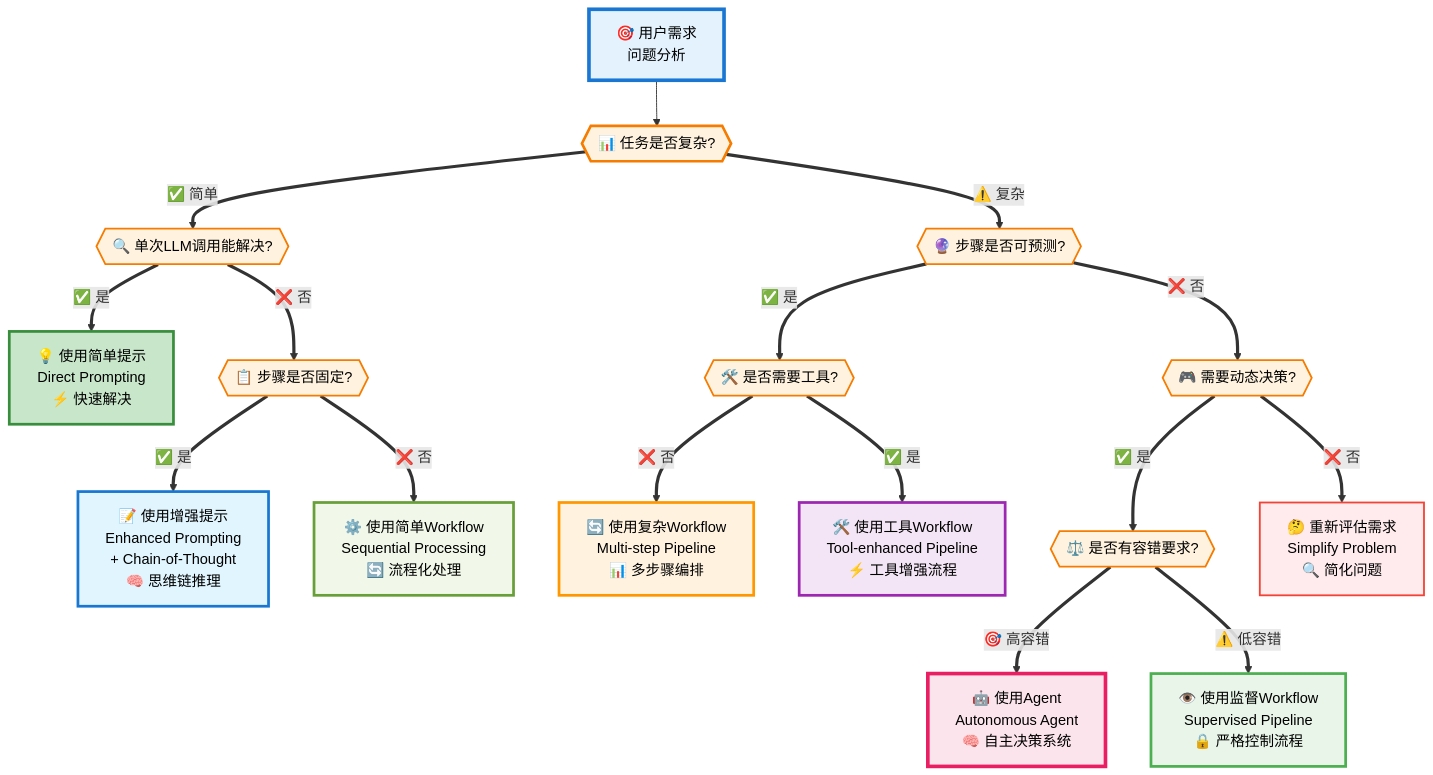
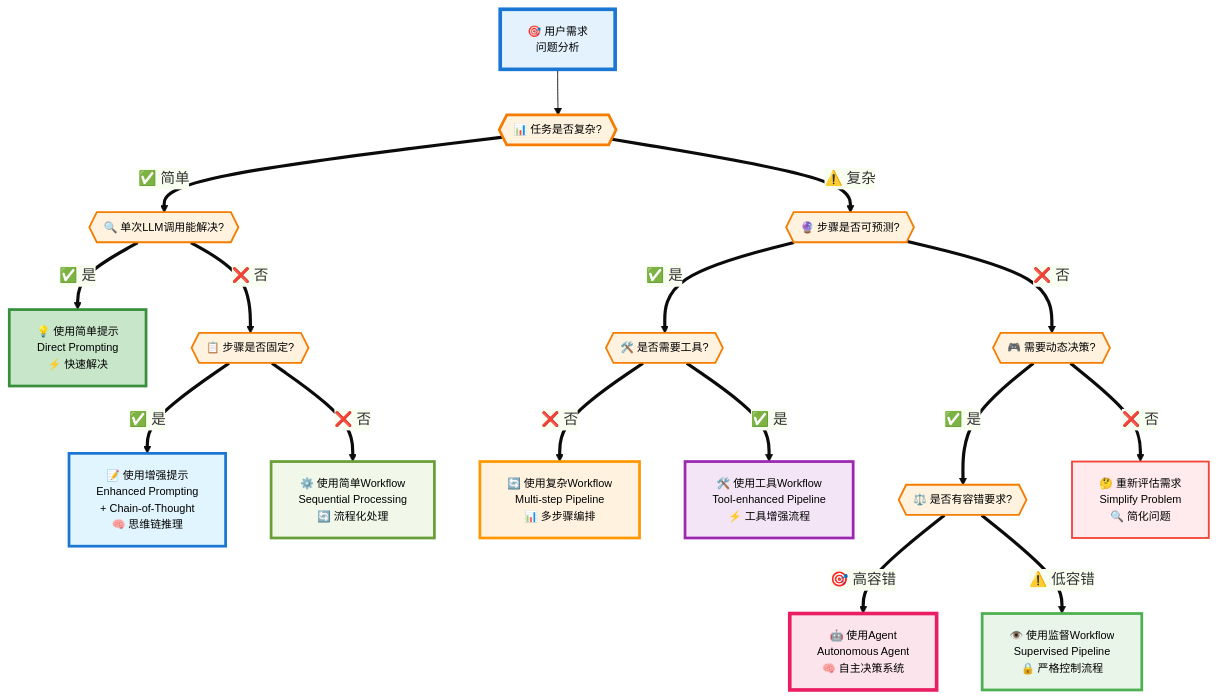
One commit to yxzf/claude-code-guide changed the eighth of 8 diagrams in agent/AI_Agent_完整入门指南.md. Above: the diagram before and after it, drawn with Mermaid. The commit also changed other lines of this file, not shown here.

First line of the commit message:
统一优化单个图表尺寸

````diff
--- a/agent/AI_Agent_完整入门指南.md
+++ b/agent/AI_Agent_完整入门指南.md
@@ -425,44 +443,47 @@
 ```mermaid
+%%{init: {'theme':'base', 'themeVariables': {'primaryColor':'#f0f9ff'}}}%%
 flowchart TD
     A[🎯 用户需求<br/>问题分析] --> B{{📊 任务是否复杂?}}
     
     B ==>|✅ 简单| C{{🔍 单次LLM调用能解决?}}
     C ==>|✅ 是| D[💡 使用简单提示<br/>Direct Prompting<br/>⚡ 快速解决]
     C ==>|❌ 否| E{{📋 步骤是否固定?}}
     
     E ==>|✅ 是| F[📝 使用增强提示<br/>Enhanced Prompting<br/>+ Chain-of-Thought<br/>🧠 思维链推理]
     E ==>|❌ 否| G[⚙️ 使用简单Workflow<br/>Sequential Processing<br/>🔄 流程化处理]
     
     B ==>|⚠️ 复杂| H{{🔮 步骤是否可预测?}}
     H ==>|✅ 是| I{{🛠️ 是否需要工具?}}
     H ==>|❌ 否| J{{🎮 需要动态决策?}}
     
     I ==>|❌ 否| K[🔄 使用复杂Workflow<br/>Multi-step Pipeline<br/>📊 多步骤编排]
     I ==>|✅ 是| L[🛠️ 使用工具Workflow<br/>Tool-enhanced Pipeline<br/>⚡ 工具增强流程]
     
     J ==>|✅ 是| M{{⚖️ 是否有容错要求?}}
     J ==>|❌ 否| N[🤔 重新评估需求<br/>Simplify Problem<br/>🔍 简化问题]
     
     M ==>|🎯 高容错| O[🤖 使用Agent<br/>Autonomous Agent<br/>🧠 自主决策系统]
     M ==>|⚠️ 低容错| P[👁️ 使用监督Workflow<br/>Supervised Pipeline<br/>🔒 严格控制流程]
     
     %% 样式定义
     style A fill:#e3f2fd,stroke:#1976d2,stroke-width:4px,color:#000
     style B fill:#fff3e0,stroke:#f57c00,stroke-width:3px,color:#000
     style C fill:#fff3e0,stroke:#f57c00,stroke-width:2px,color:#000
     style E fill:#fff3e0,stroke:#f57c00,stroke-width:2px,color:#000
     style H fill:#fff3e0,stroke:#f57c00,stroke-width:2px,color:#000
     style I fill:#fff3e0,stroke:#f57c00,stroke-width:2px,color:#000
     style J fill:#fff3e0,stroke:#f57c00,stroke-width:2px,color:#000
     style M fill:#fff3e0,stroke:#f57c00,stroke-width:2px,color:#000
     
     %% 解决方案样式
     style D fill:#c8e6c9,stroke:#388e3c,stroke-width:3px,color:#000
     style F fill:#e1f5fe,stroke:#1976d2,stroke-width:3px,color:#000
     style G fill:#f1f8e9,stroke:#689f38,stroke-width:3px,color:#000
     style K fill:#fff3e0,stroke:#ff9800,stroke-width:3px,color:#000
     style L fill:#f3e5f5,stroke:#9c27b0,stroke-width:3px,color:#000
     style O fill:#fce4ec,stroke:#e91e63,stroke-width:4px,color:#000
     style P fill:#e8f5e8,stroke:#4caf50,stroke-width:3px,color:#000
     style N fill:#ffebee,stroke:#f44336,stroke-width:2px,color:#000
+    
+    classDef default font-size:12px
 ```
````
